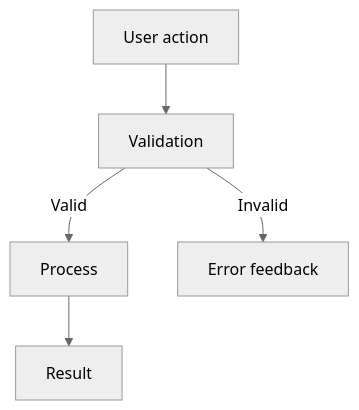
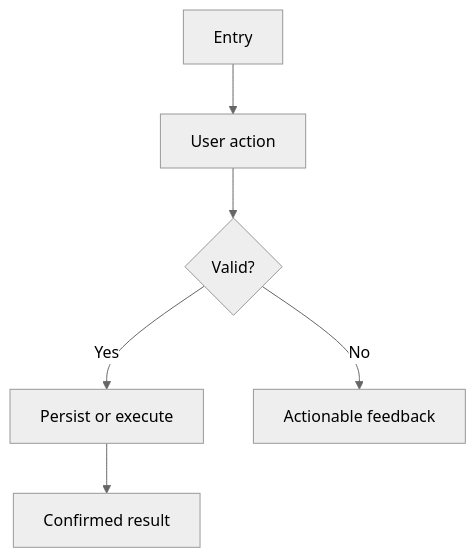
One commit to Sistema2D/FrameCode-VibeWork changed the diagram in FCVW/WORKFLOW.md. Above: the diagram before and after it, drawn with Mermaid (neutral theme). The commit also changed other lines of this file and 169 other files, not shown here.

````diff
--- a/FCVW/WORKFLOW.md
+++ b/FCVW/WORKFLOW.md
@@ -71,7 +35,8 @@
 ```mermaid
 flowchart TD
-    A["User action"] --> B["Validation"]
-    B -- "Valid" --> C["Process"]
-    B -- "Invalid" --> D["Error feedback"]
-    C --> E["Result"]
+    A["Entry"] --> B["User action"]
+    B --> C{"Valid?"}
+    C -- "Yes" --> D["Persist or execute"]
+    C -- "No" --> E["Actionable feedback"]
+    D --> F["Confirmed result"]
 ```
````
